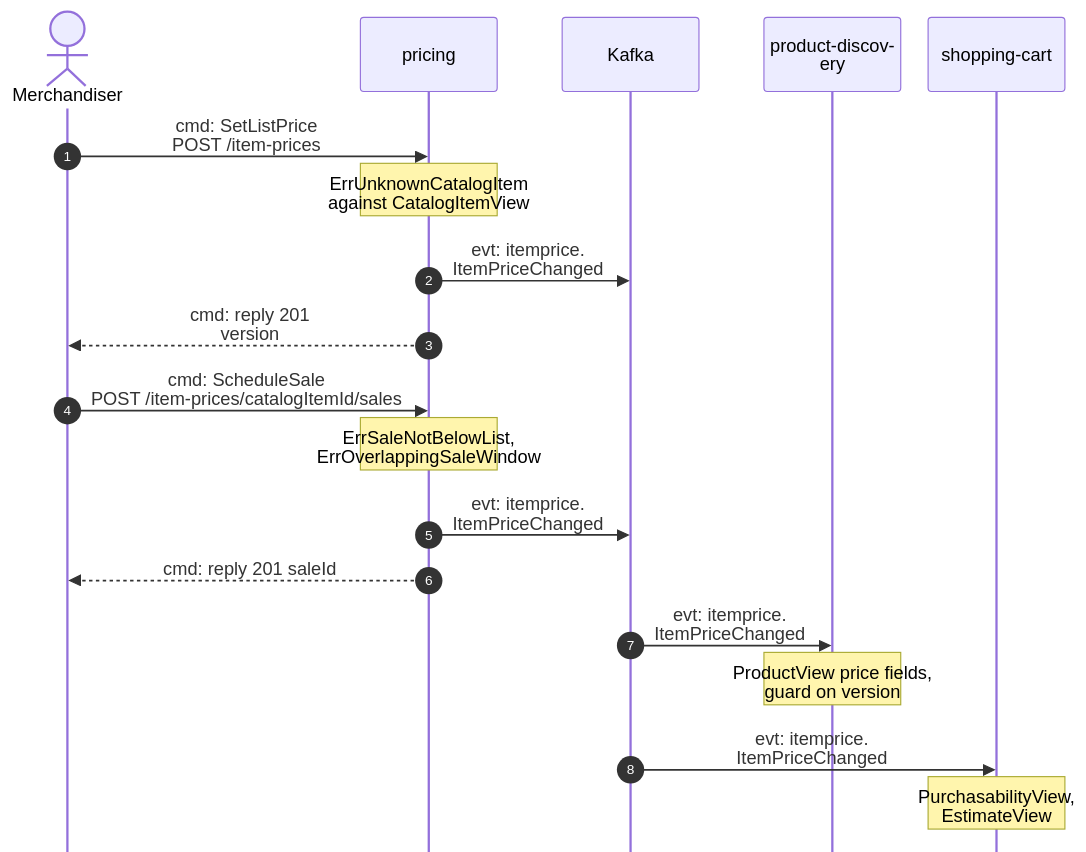
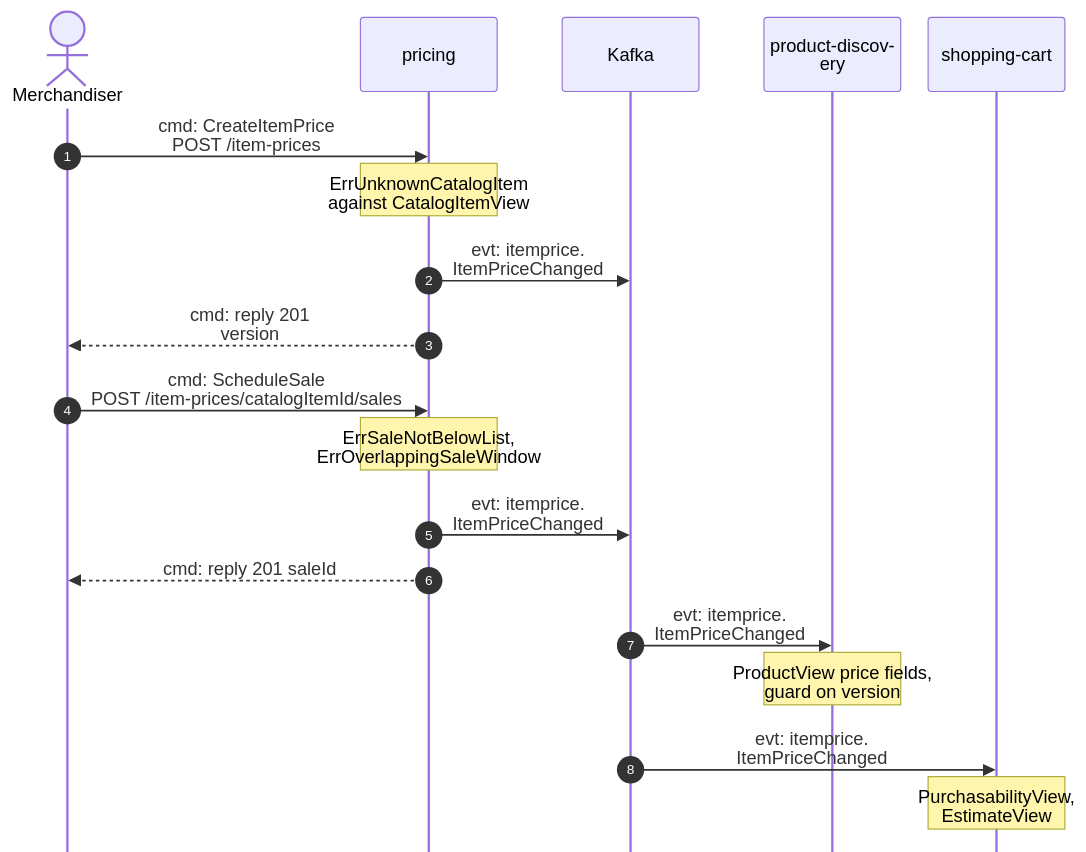
Before and after one commit to IQVO/pricing: the first of 4 diagrams in docs/docs/ddd/domain-message-flow.md, drawn with Mermaid. The commit also changed 6 other files, not shown here.

First line of the commit message:
docs(pricing): CreateItemPrice creates the ItemPrice, SetListPrice updates it

````diff
--- a/docs/docs/ddd/domain-message-flow.md
+++ b/docs/docs/ddd/domain-message-flow.md
@@ -22,22 +22,22 @@
 ```mermaid
 %%{init: {"sequence": {"wrap": true, "width": 120, "actorMargin": 24, "messageMargin": 28, "boxMargin": 6, "noteMargin": 6, "mirrorActors": false}}}%%
 sequenceDiagram
     autonumber
     actor M as Merchandiser
     participant PR as pricing
     participant K as Kafka
     participant PD as product-discovery
     participant SC as shopping-cart
-    M->>PR: cmd: SetListPrice<br/>POST /item-prices
+    M->>PR: cmd: CreateItemPrice<br/>POST /item-prices
     Note over PR: ErrUnknownCatalogItem<br/>against CatalogItemView
     PR->>K: evt: itemprice.<br/>ItemPriceChanged
     PR-->>M: cmd: reply 201<br/>version
     M->>PR: cmd: ScheduleSale<br/>POST /item-prices/catalogItemId/sales
     Note over PR: ErrSaleNotBelowList,<br/>ErrOverlappingSaleWindow
     PR->>K: evt: itemprice.<br/>ItemPriceChanged
     PR-->>M: cmd: reply 201 saleId
     K->>PD: evt: itemprice.<br/>ItemPriceChanged
     Note over PD: ProductView price fields,<br/>guard on version
     K->>SC: evt: itemprice.<br/>ItemPriceChanged
     Note over SC: PurchasabilityView,<br/>EstimateView
 ```
````
